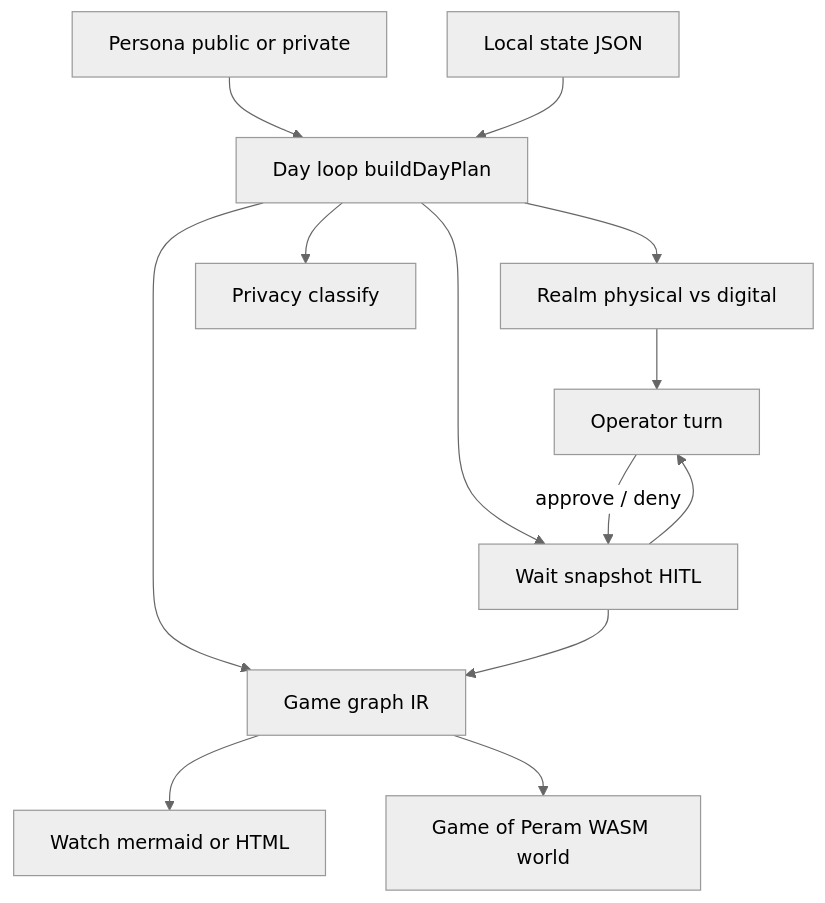
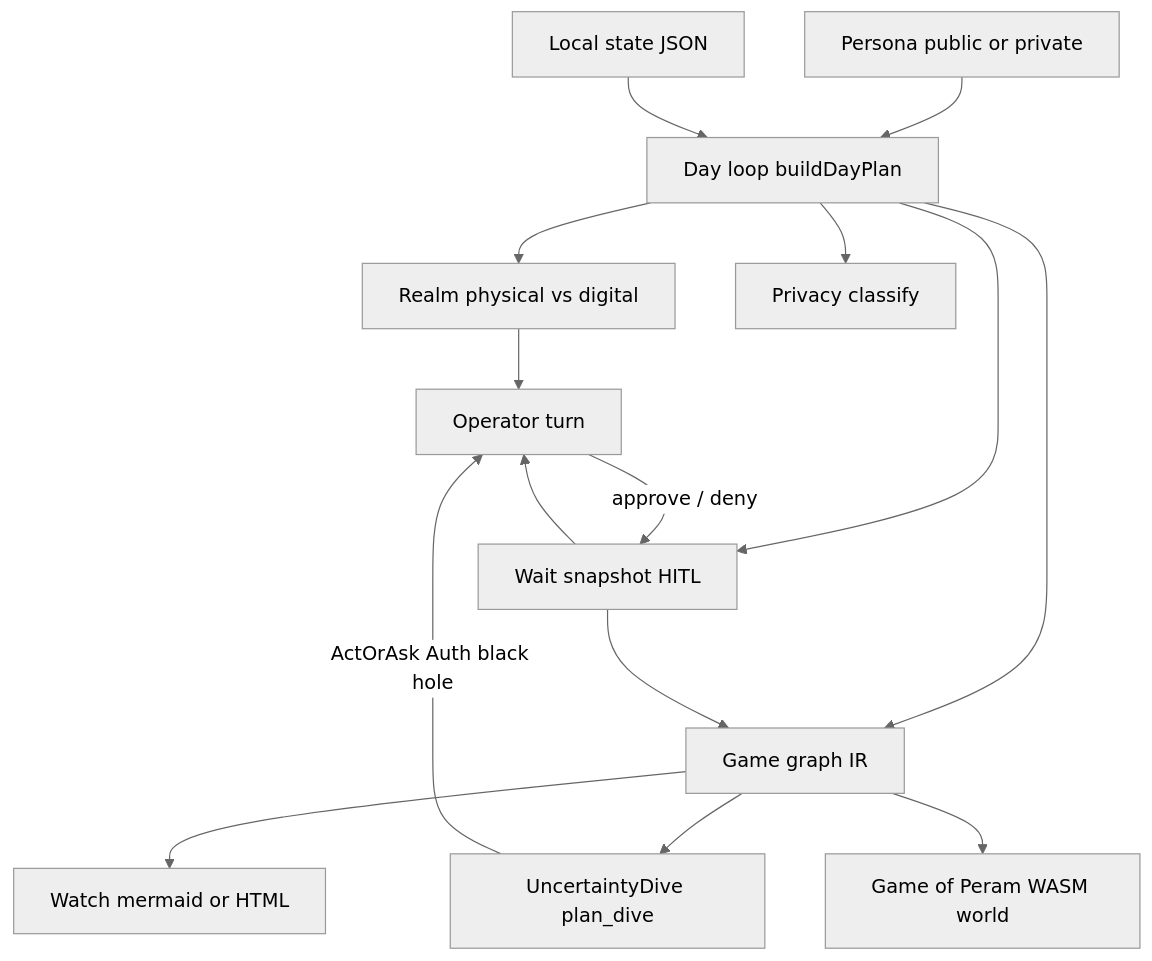
One commit to thecuriousts/ensembly changed the third of 16 diagrams in docs/arch-design/coming-next.md. Above: the diagram before and after it, drawn with Mermaid (neutral theme). The commit also changed other lines of this file and 5 other files, not shown here.

````diff
--- a/docs/arch-design/coming-next.md
+++ b/docs/arch-design/coming-next.md
@@ -96,25 +104,28 @@
 ```mermaid
 flowchart TB
   persona[Persona public or private]
   state[Local state JSON]
   dayLoop[Day loop buildDayPlan]
   realm[Realm physical vs digital]
   priv[Privacy classify]
   snap[Wait snapshot HITL]
   turn[Operator turn]
   graphIR[Game graph IR]
+  dive[UncertaintyDive plan_dive]
   watchUI[Watch mermaid or HTML]
   playWorld[Game of Peram WASM world]
   persona --> dayLoop
   state --> dayLoop
   dayLoop --> realm
   dayLoop --> priv
   dayLoop --> snap
   realm --> turn
   snap --> turn
   dayLoop --> graphIR
   snap --> graphIR
+  graphIR --> dive
   graphIR --> watchUI
   graphIR --> playWorld
   turn -->|"approve / deny"| snap
+  dive -->|"ActOrAsk Auth black hole"| turn
 ```
````
